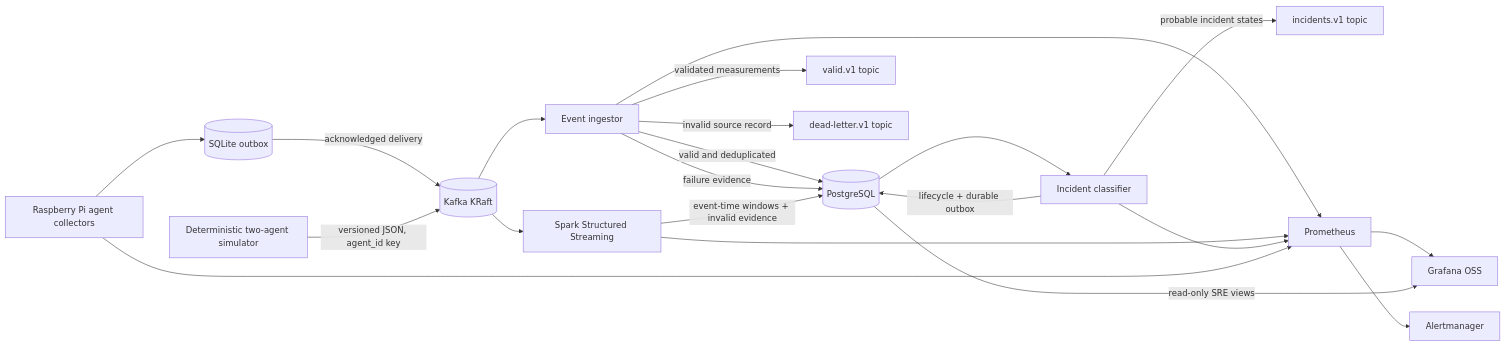
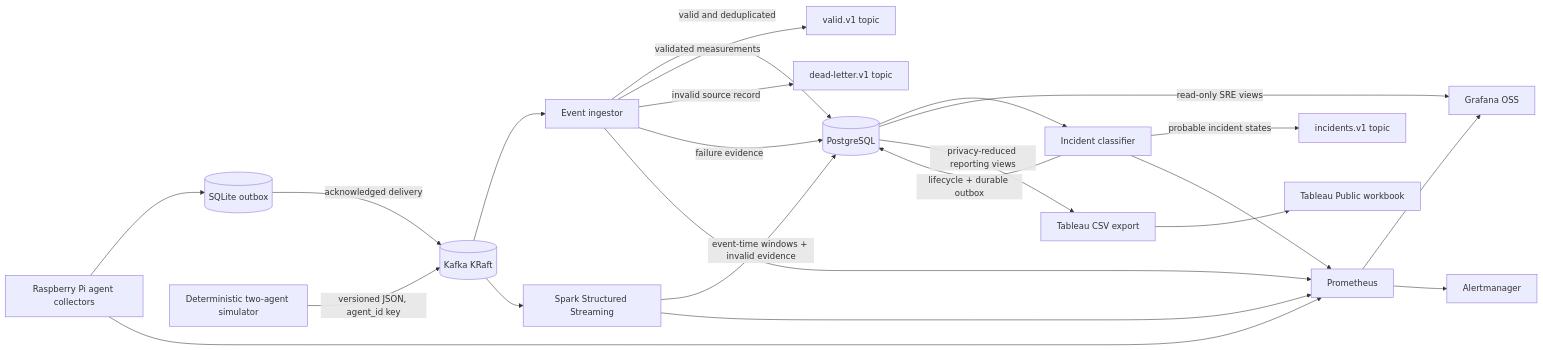
One commit to Jerry-Padilla/local-network-kafka-monitoring changed the diagram in README.md. Above: the diagram before and after it, drawn with Mermaid. The commit also changed other lines of this file and 9 other files, not shown here.

````diff
--- a/README.md
+++ b/README.md
@@ -12,23 +12,25 @@
 ```mermaid
 flowchart LR
     A[Raspberry Pi agent collectors] --> O[(SQLite outbox)]
     O -->|acknowledged delivery| K[(Kafka KRaft)]
     S[Deterministic two-agent simulator] -->|versioned JSON, agent_id key| K[(Kafka KRaft)]
     K --> C[Event ingestor]
     K --> T[Spark Structured Streaming]
     P --> I[Incident classifier]
     C -->|valid and deduplicated| P[(PostgreSQL)]
     C -->|validated measurements| V[valid.v1 topic]
     C -->|invalid source record| D[dead-letter.v1 topic]
     C -->|failure evidence| P
     T -->|event-time windows + invalid evidence| P
     I -->|lifecycle + durable outbox| P
     I -->|probable incident states| N[incidents.v1 topic]
     C --> M[Prometheus]
     T --> M
     I --> M
     A --> M
     M --> G[Grafana OSS]
     P -->|read-only SRE views| G
+    P -->|privacy-reduced reporting views| E[Tableau CSV export]
+    E --> TB[Tableau Public workbook]
     M --> L[Alertmanager]
 ```
````
